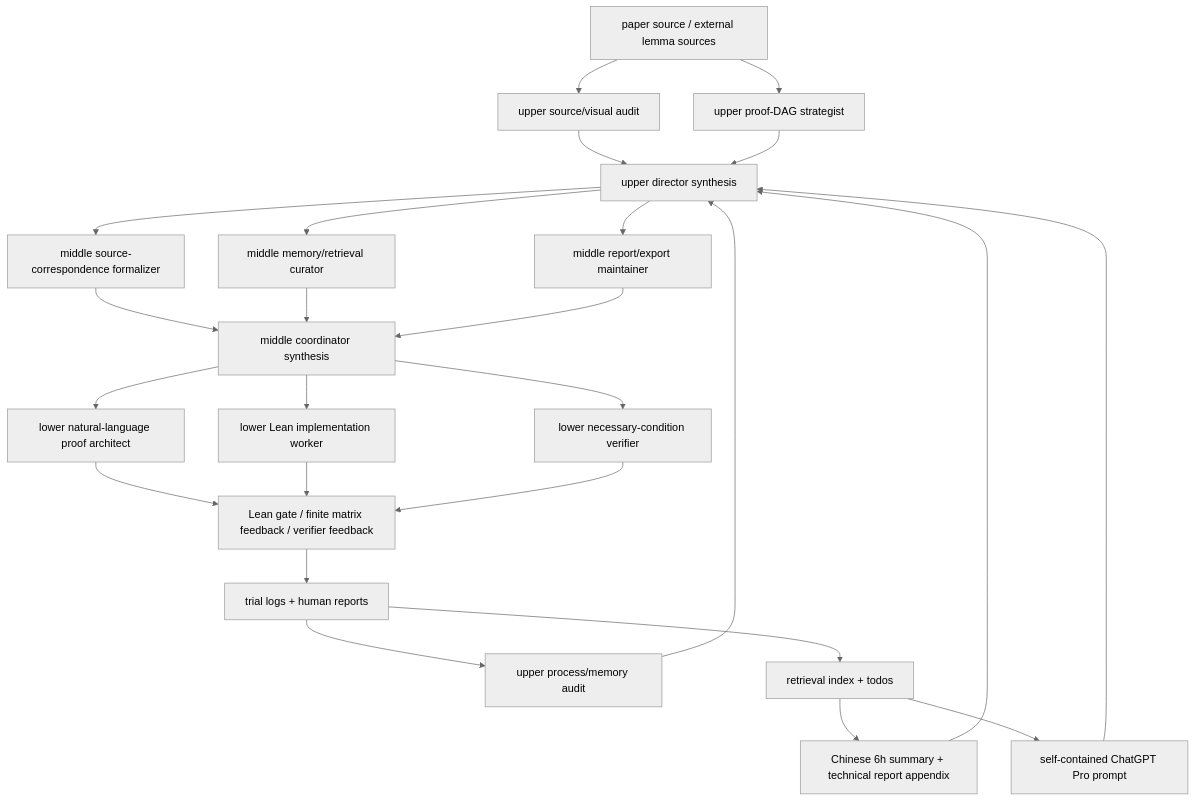
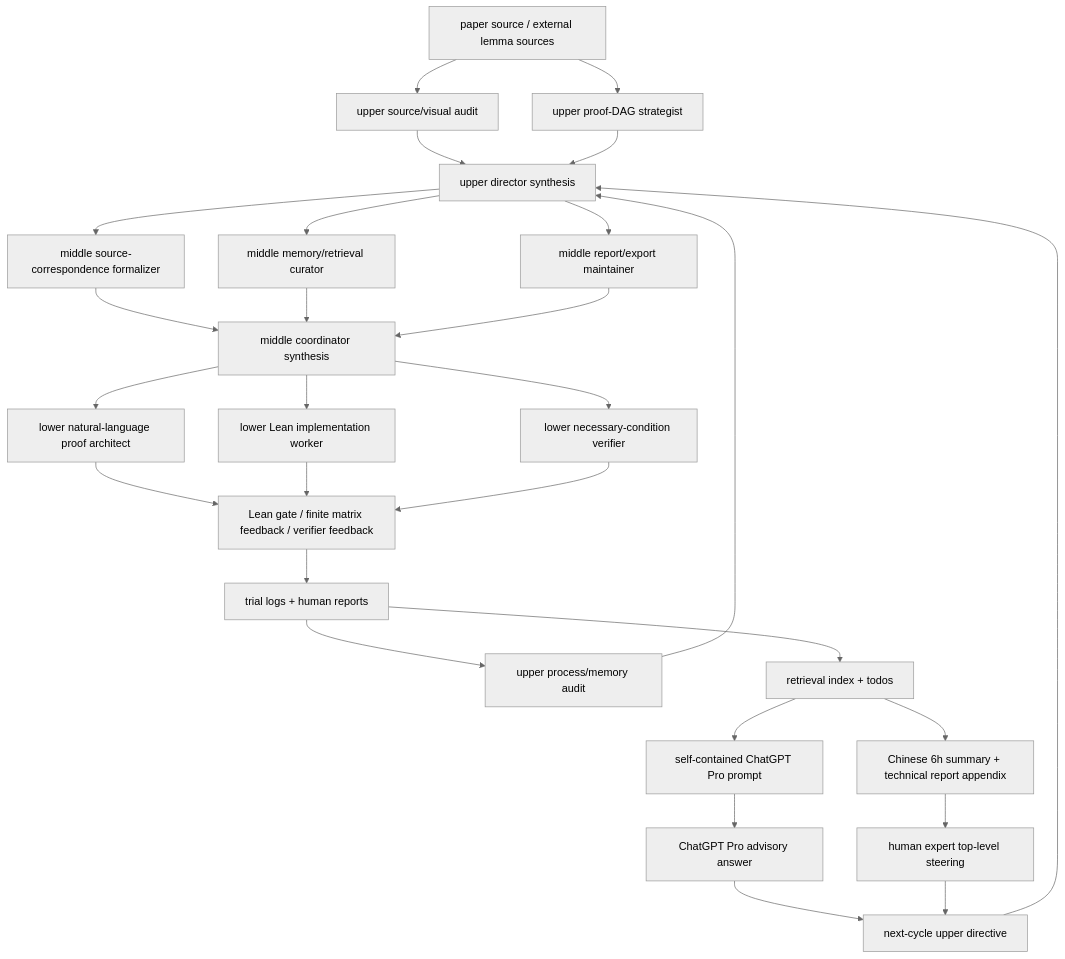
One commit to DakeBU/Quantum-Computing-Block-Encoding changed the diagram in README.md. Above: the diagram before and after it, drawn with Mermaid (neutral theme). The commit also changed other lines of this file and 33 other files, not shown here.

````diff
--- a/README.md
+++ b/README.md
@@ -144,27 +144,30 @@
 ```mermaid
 flowchart TD
   A["paper source / external lemma sources"] --> B["upper source/visual audit"]
   A --> C["upper proof-DAG strategist"]
   J["trial logs + human reports"] --> D["upper process/memory audit"]
   B --> E["upper director synthesis"]
   C --> E
   D --> E
   E --> F["middle source-correspondence formalizer"]
   E --> G["middle memory/retrieval curator"]
   E --> H["middle report/export maintainer"]
   F --> I["middle coordinator synthesis"]
   G --> I
   H --> I
   I --> M["lower natural-language proof architect"]
   I --> N["lower Lean implementation worker"]
   I --> P["lower necessary-condition verifier"]
   M --> O["Lean gate / finite matrix feedback / verifier feedback"]
   N --> O
   P --> O
   O --> J
   J --> K["retrieval index + todos"]
   K --> L["Chinese 6h summary + technical report appendix"]
   K --> Q["self-contained ChatGPT Pro prompt"]
-  Q --> E
-  L --> E
+  Q --> X["ChatGPT Pro advisory answer"]
+  L --> Y["human expert top-level steering"]
+  X --> Z["next-cycle upper directive"]
+  Y --> Z
+  Z --> E
 ```
````
